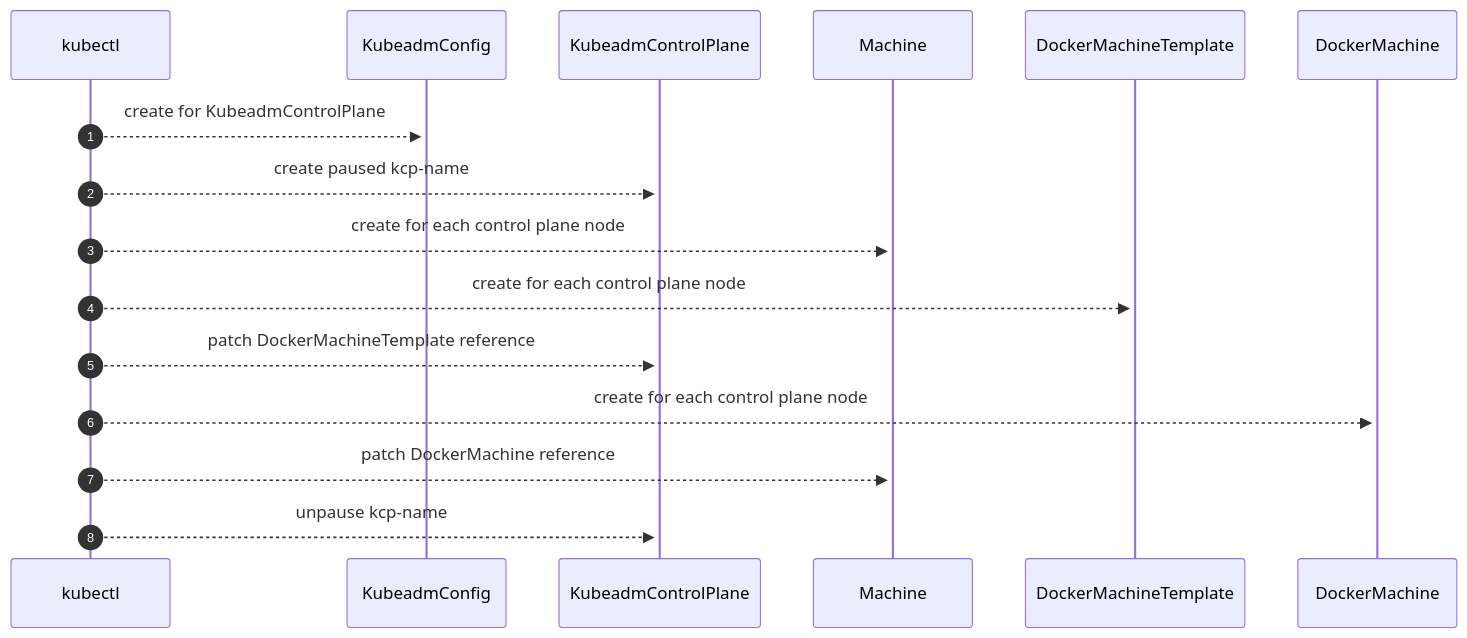
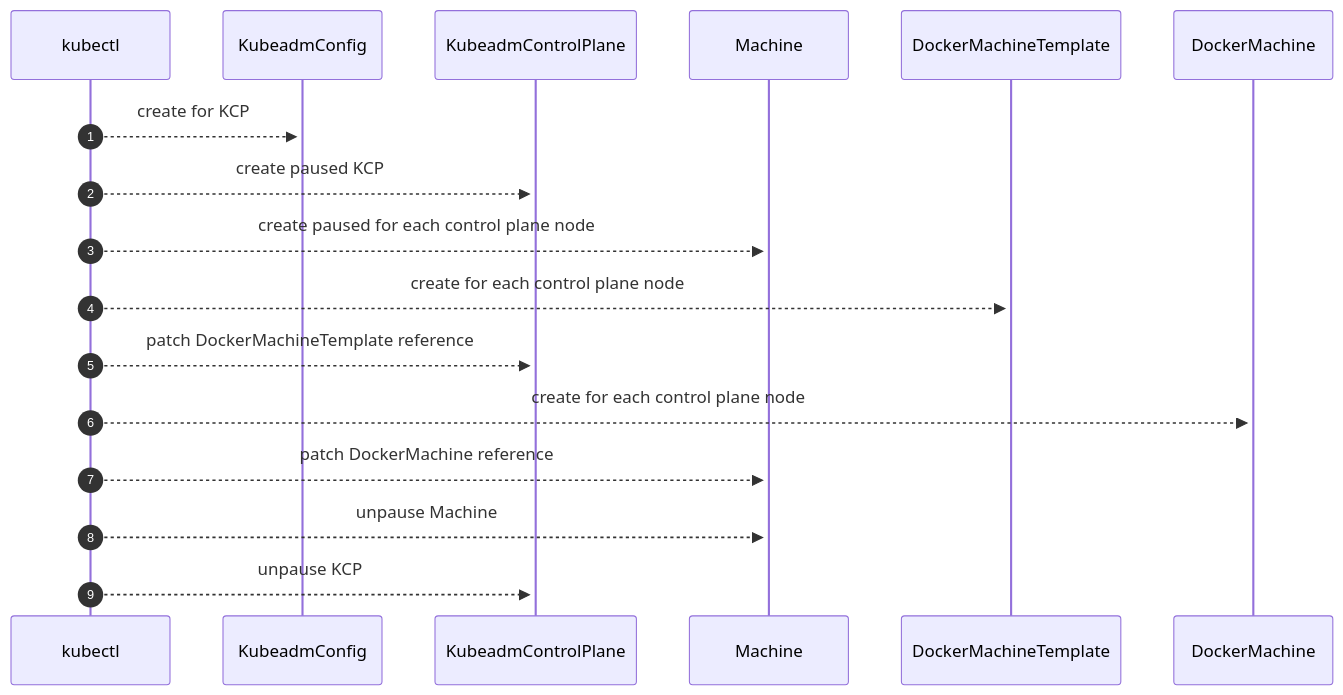
Before and after one commit to tobiasgiese/cluster-api-migration: the second of 3 diagrams in providers/docker/README.md, drawn with Mermaid. The commit also changed other lines of this file, not shown here.

Commit message:
Update uml

````diff
--- a/providers/docker/README.md
+++ b/providers/docker/README.md
@@ -24,12 +24,13 @@
 ```mermaid
 %%{init:{"fontFamily":"monospace", "sequence":{"showSequenceNumbers":true}}}%%
 sequenceDiagram
-    kubectl-->>+KubeadmConfig: create for KubeadmControlPlane
-    kubectl-->>+KubeadmControlPlane: create paused kcp-name
-    kubectl-->>+Machine: create for each control plane node
+    kubectl-->>+KubeadmConfig: create for KCP
+    kubectl-->>+KubeadmControlPlane: create paused KCP
+    kubectl-->>+Machine: create paused for each control plane node
     kubectl-->>+DockerMachineTemplate: create for each control plane node
     kubectl-->>+KubeadmControlPlane: patch DockerMachineTemplate reference
     kubectl-->>+DockerMachine: create for each control plane node
     kubectl-->>+Machine: patch DockerMachine reference
-    kubectl-->>+KubeadmControlPlane: unpause kcp-name
+    kubectl-->>+Machine: unpause Machine
+    kubectl-->>+KubeadmControlPlane: unpause KCP
 ```
````
